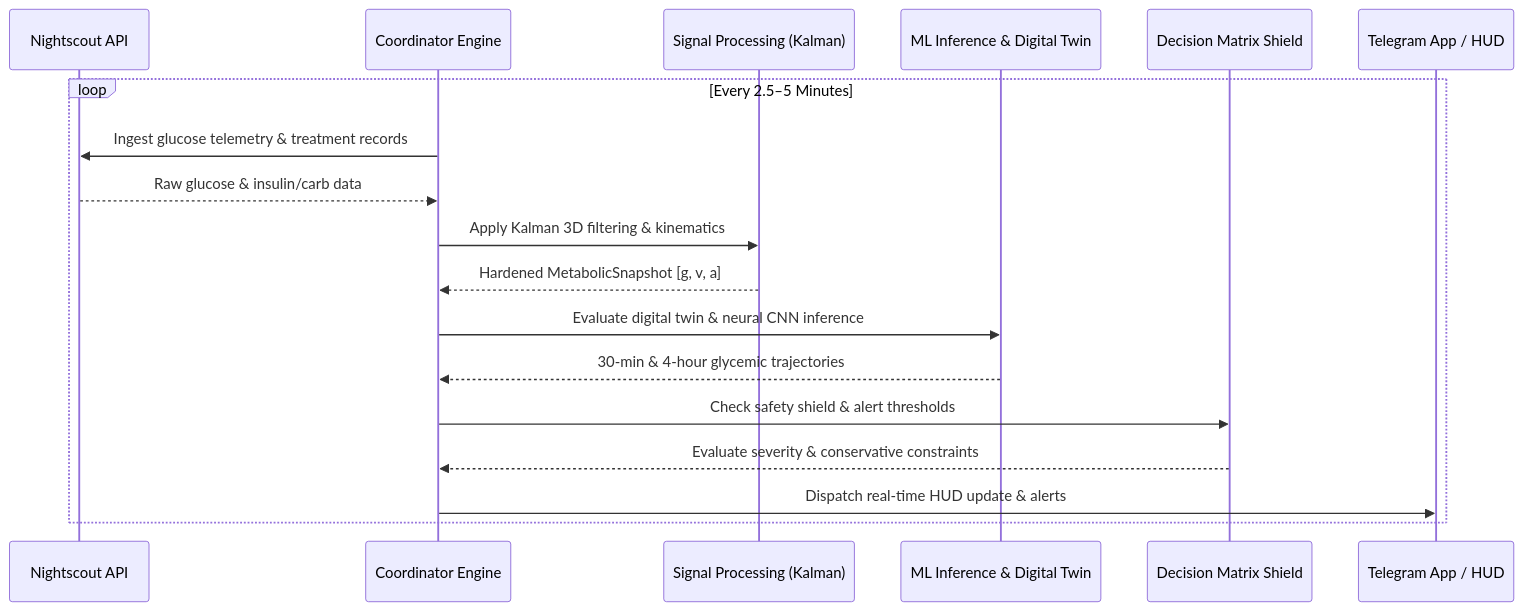
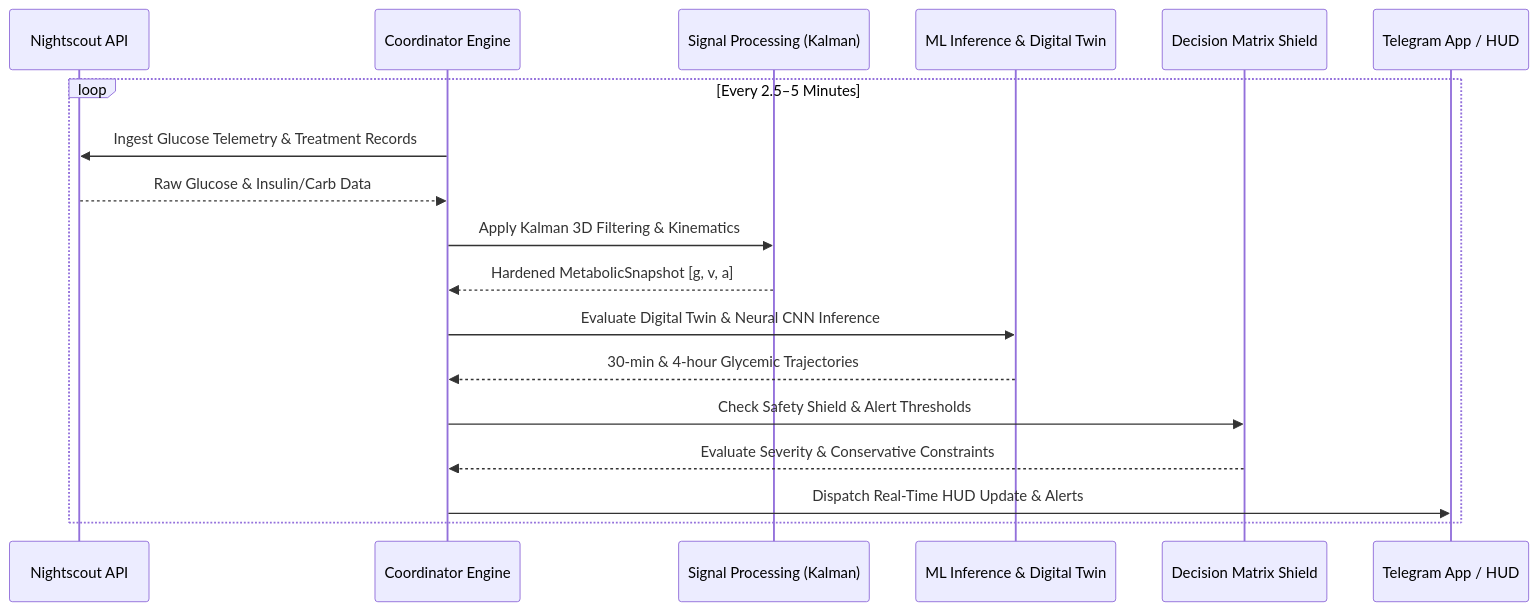
The diagram in README.md (vgbn2/diabetic), drawn with Mermaid before and after one commit. The commit also changed other lines of this file and 148 other files, not shown here.

First line of the commit message:
feat(core): implement SV console contracts, zero-stub architecture, and mkdocs deploy

````diff
--- a/README.md
+++ b/README.md
@@ -23,21 +25,21 @@
 ```mermaid
 sequenceDiagram
     participant NS as Nightscout API
     participant C as Coordinator Engine
     participant DSP as Signal Processing (Kalman)
     participant ML as ML Inference & Digital Twin
     participant DM as Decision Matrix Shield
     participant TWA as Telegram App / HUD
 
     loop Every 2.5–5 Minutes
-        C->>NS: Ingest glucose telemetry & treatment records
-        NS-->>C: Raw glucose & insulin/carb data
-        C->>DSP: Apply Kalman 3D filtering & kinematics
+        C->>NS: Ingest Glucose Telemetry & Treatment Records
+        NS-->>C: Raw Glucose & Insulin/Carb Data
+        C->>DSP: Apply Kalman 3D Filtering & Kinematics
         DSP-->>C: Hardened MetabolicSnapshot [g, v, a]
-        C->>ML: Evaluate digital twin & neural CNN inference
-        ML-->>C: 30-min & 4-hour glycemic trajectories
-        C->>DM: Check safety shield & alert thresholds
-        DM-->>C: Evaluate severity & conservative constraints
-        C->>TWA: Dispatch real-time HUD update & alerts
+        C->>ML: Evaluate Digital Twin & Neural CNN Inference
+        ML-->>C: 30-min & 4-hour Glycemic Trajectories
+        C->>DM: Check Safety Shield & Alert Thresholds
+        DM-->>C: Evaluate Severity & Conservative Constraints
+        C->>TWA: Dispatch Real-Time HUD Update & Alerts
     end
 ```
````
